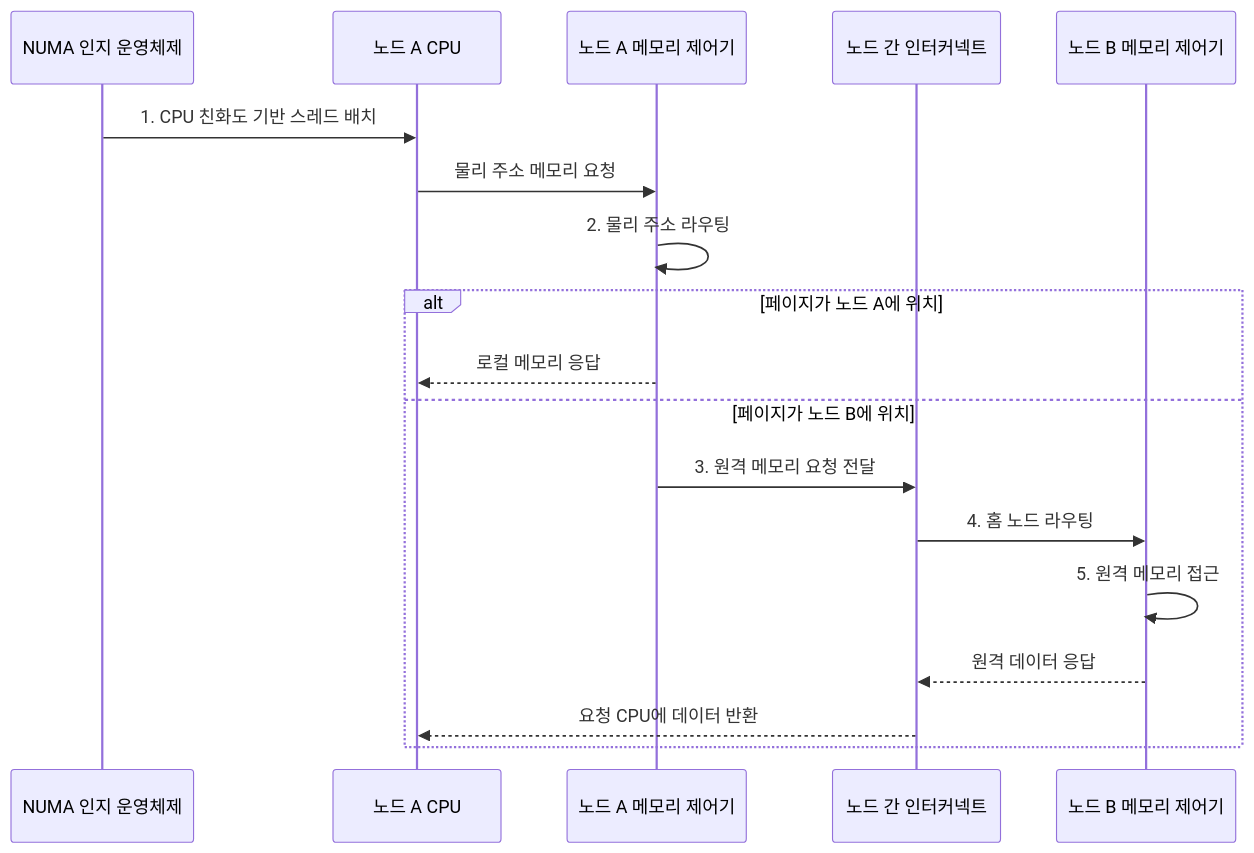
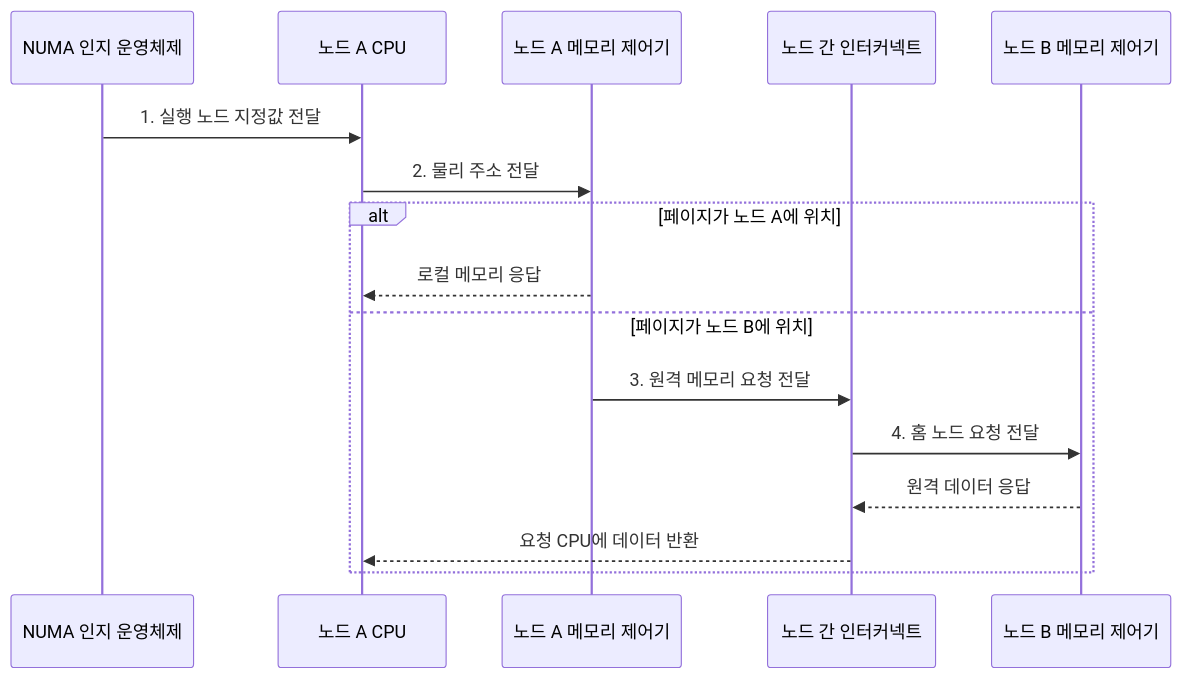
The second of 2 diagrams in src/content/docs/notes/02-hardware/021_numa.md (agnusdei1207/knowledge-base), drawn with Mermaid before and after one commit. The commit also changed other lines of this file and 20 other files, not shown here.

````diff
--- a/src/content/docs/notes/02-hardware/021_numa.md
+++ b/src/content/docs/notes/02-hardware/021_numa.md
@@ -83,21 +79,19 @@
 ```mermaid
 sequenceDiagram
     participant O as NUMA 인지 운영체제
     participant C as 노드 A CPU
     participant A as 노드 A 메모리 제어기
     participant I as 노드 간 인터커넥트
     participant B as 노드 B 메모리 제어기
 
-    O->>C: 1. CPU 친화도 기반 스레드 배치
-    C->>A: 물리 주소 메모리 요청
-    A->>A: 2. 물리 주소 라우팅
+    O->>C: 1. 실행 노드 지정값 전달
+    C->>A: 2. 물리 주소 전달
     alt 페이지가 노드 A에 위치
         A-->>C: 로컬 메모리 응답
     else 페이지가 노드 B에 위치
         A->>I: 3. 원격 메모리 요청 전달
-        I->>B: 4. 홈 노드 라우팅
-        B->>B: 5. 원격 메모리 접근
+        I->>B: 4. 홈 노드 요청 전달
         B-->>I: 원격 데이터 응답
         I-->>C: 요청 CPU에 데이터 반환
     end
 ```
````
